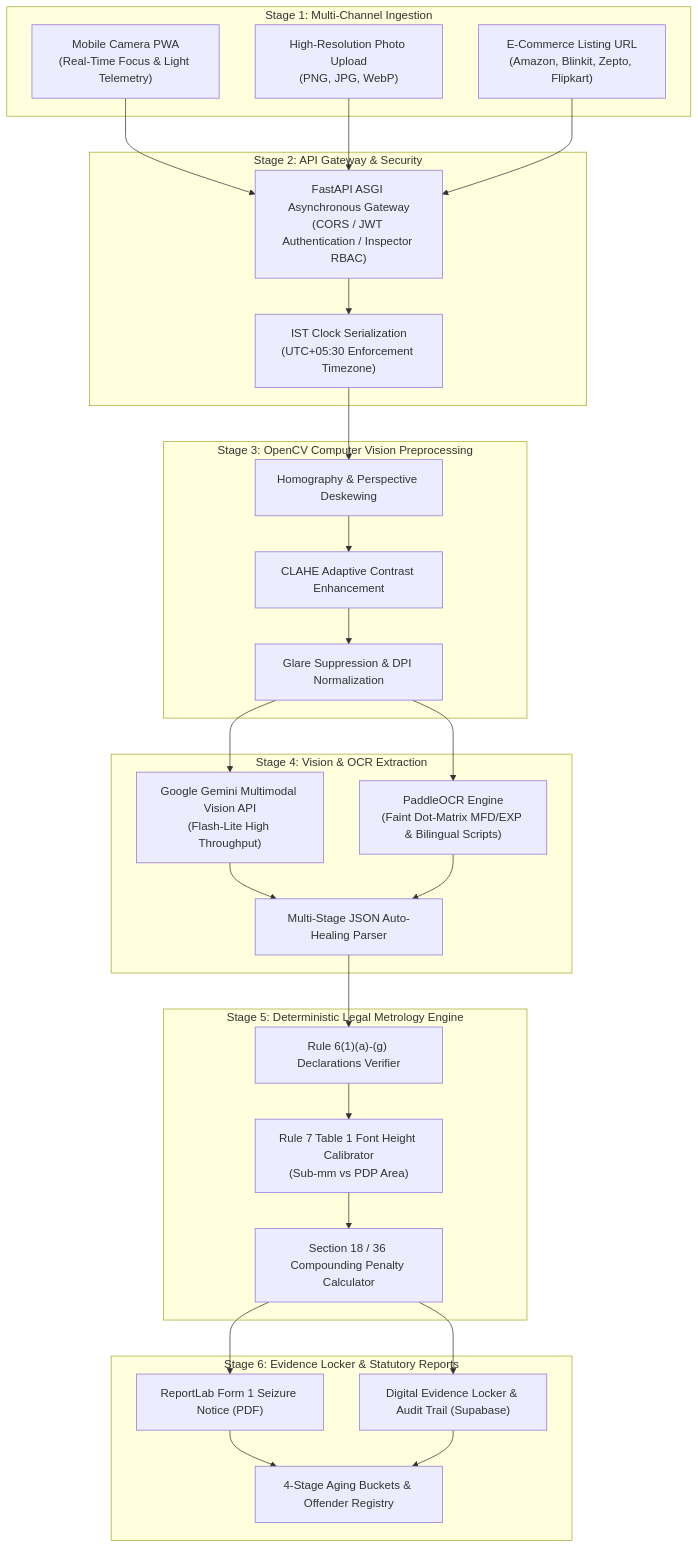
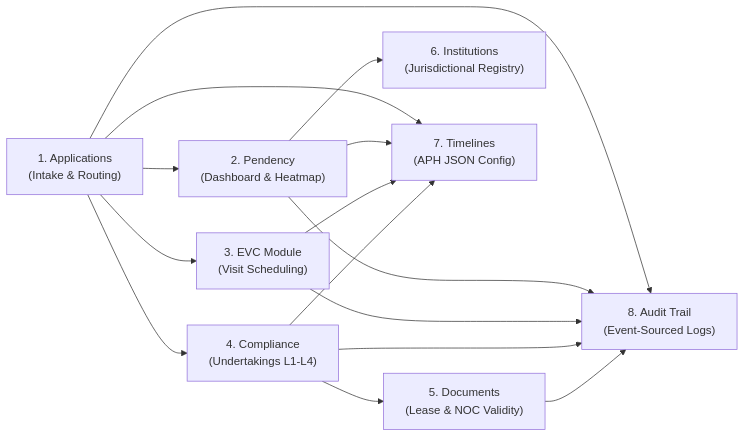
One commit to mufaddalbatti53/prototype-complisca changed the diagram in README.md. Above: the diagram before and after it, drawn with Mermaid. The commit also changed other lines of this file and 25 other files, not shown here.

Commit message:
feat(aicte): Complete AICTE Approval Workflow (PS 26262) with Gemini Document Vision and Case Briefs

````diff
--- a/README.md
+++ b/README.md
@@ -94,45 +141,10 @@
 ```mermaid
-flowchart TD
-    subgraph S1["Stage 1: Multi-Channel Ingestion"]
-        A1["Mobile Camera PWA\n(Real-Time Focus & Light Telemetry)"]
-        A2["High-Resolution Photo Upload\n(PNG, JPG, WebP)"]
-        A3["E-Commerce Listing URL\n(Amazon, Blinkit, Zepto, Flipkart)"]
-    end
-
-    subgraph S2["Stage 2: API Gateway & Security"]
-        B1["FastAPI ASGI Asynchronous Gateway\n(CORS / JWT Authentication / Inspector RBAC)"]
-        B2["IST Clock Serialization\n(UTC+05:30 Enforcement Timezone)"]
-    end
-
-    subgraph S3["Stage 3: OpenCV Computer Vision Preprocessing"]
-        C1["Homography & Perspective Deskewing"]
-        C2["CLAHE Adaptive Contrast Enhancement"]
-        C3["Glare Suppression & DPI Normalization"]
-    end
-
-    subgraph S4["Stage 4: Vision & OCR Extraction"]
-        D1["Google Gemini Multimodal Vision API\n(Flash-Lite High Throughput)"]
-        D2["PaddleOCR Engine\n(Faint Dot-Matrix MFD/EXP & Bilingual Scripts)"]
-        D3["Multi-Stage JSON Auto-Healing Parser"]
-    end
-
-    subgraph S5["Stage 5: Deterministic Legal Metrology Engine"]
-        E1["Rule 6(1)(a)-(g) Declarations Verifier"]
-        E2["Rule 7 Table 1 Font Height Calibrator\n(Sub-mm vs PDP Area)"]
-        E3["Section 18 / 36 Compounding Penalty Calculator"]
-    end
-
-    subgraph S6["Stage 6: Evidence Locker & Statutory Reports"]
-        F1["ReportLab Form 1 Seizure Notice (PDF)"]
-        F2["Digital Evidence Locker & Audit Trail (Supabase)"]
-        F3["4-Stage Aging Buckets & Offender Registry"]
-    end
-
-    A1 --> B1
-    A2 --> B1
-    A3 --> B1
-    B1 --> B2 --> C1 --> C2 --> C3
-    C3 --> D1 & D2 --> D3
-    D3 --> E1 --> E2 --> E3
-    E3 --> F1 & F2 --> F3
+flowchart LR
+    A["1. Applications\n(Intake & Routing)"] --> B["2. Pendency\n(Dashboard & Heatmap)"]
+    A --> C["3. EVC Module\n(Visit Scheduling)"]
+    A --> D["4. Compliance\n(Undertakings L1-L4)"]
+    D --> E["5. Documents\n(Lease & NOC Validity)"]
+    B --> G["6. Institutions\n(Jurisdictional Registry)"]
+    A & B & C & D --> F["7. Timelines\n(APH JSON Config)"]
+    A & B & C & D & E --> H["8. Audit Trail\n(Event-Sourced Logs)"]
 ```
````
